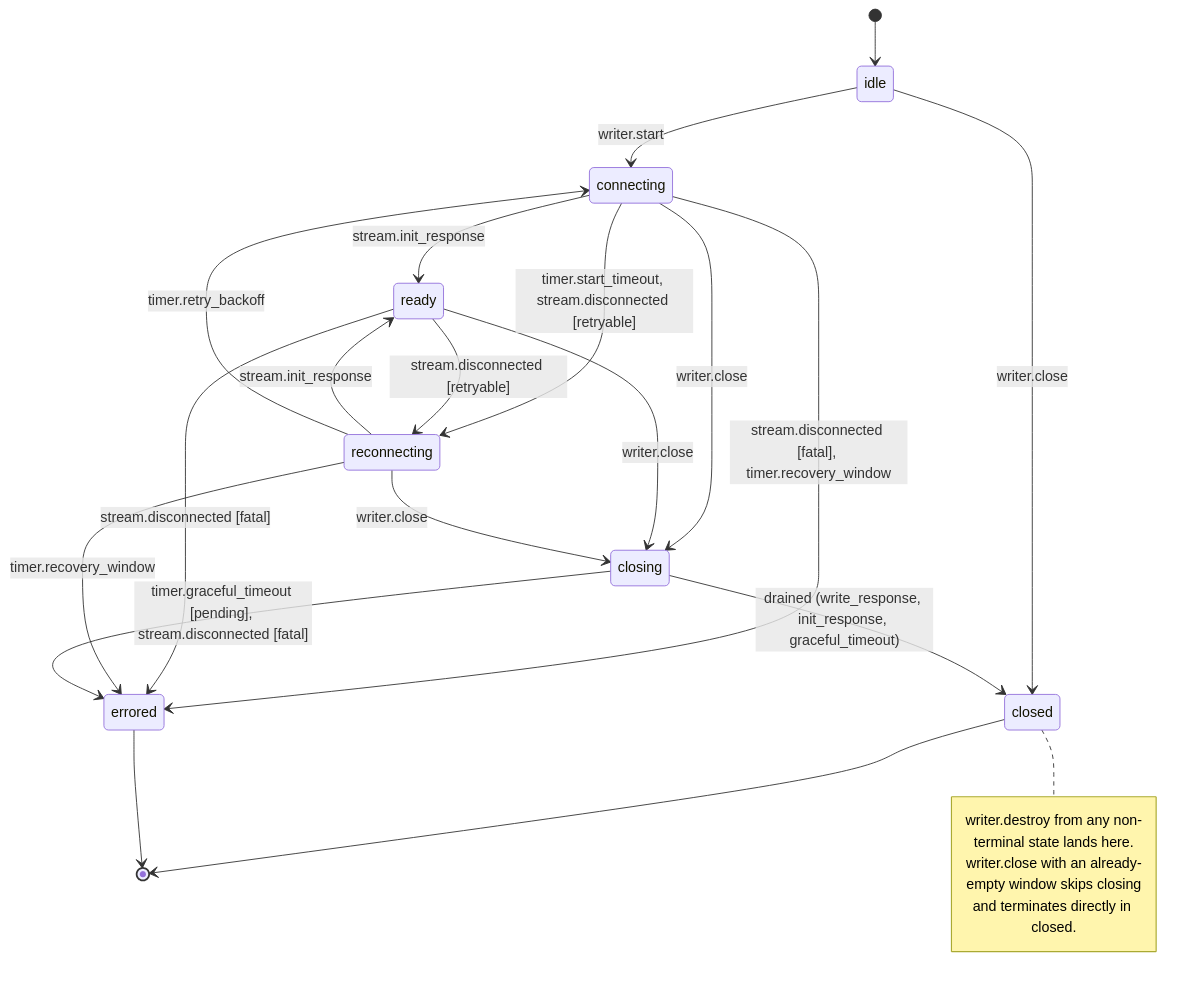
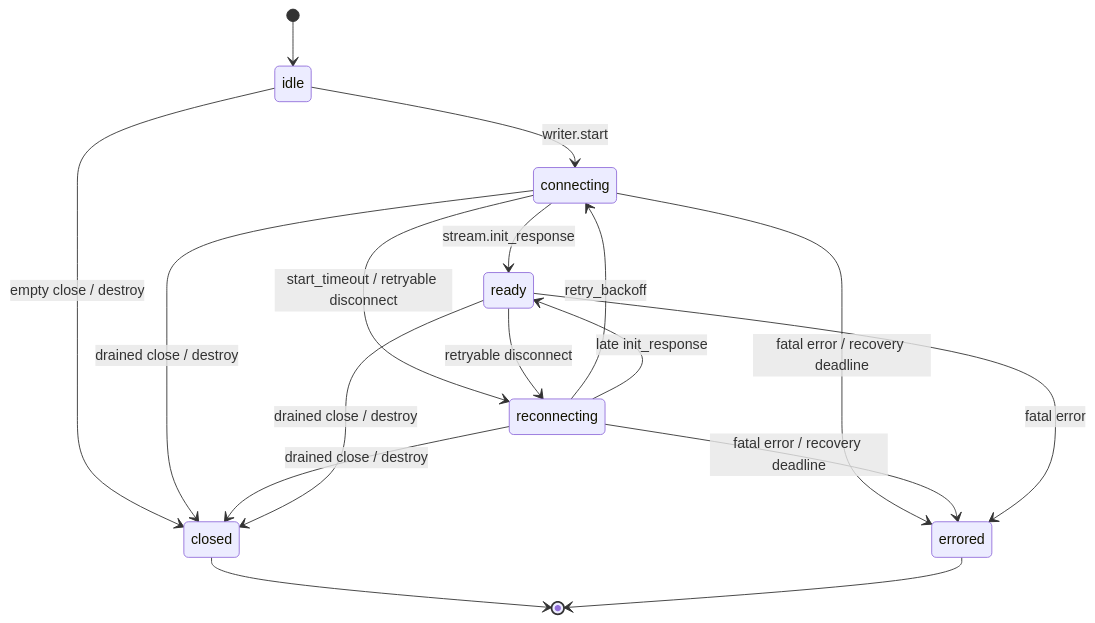
Before and after one commit to ydb-platform/ydb-js-sdk: the second of 4 diagrams in packages/topic/ARCHITECTURE.md, drawn with Mermaid. The commit also changed other lines of this file and 29 other files, not shown here.

````diff
--- a/packages/topic/ARCHITECTURE.md
+++ b/packages/topic/ARCHITECTURE.md
@@ -61,26 +35,19 @@
 ```mermaid
 stateDiagram-v2
     [*] --> idle
     idle --> connecting: writer.start
-    idle --> closed: writer.close
     connecting --> ready: stream.init_response
-    connecting --> reconnecting: timer.start_timeout, stream.disconnected [retryable]
-    connecting --> errored: stream.disconnected [fatal], timer.recovery_window
-    connecting --> closing: writer.close
-    ready --> reconnecting: stream.disconnected [retryable]
-    ready --> errored: stream.disconnected [fatal]
-    ready --> closing: writer.close
-    reconnecting --> ready: stream.init_response
-    reconnecting --> connecting: timer.retry_backoff
-    reconnecting --> errored: timer.recovery_window
-    reconnecting --> closing: writer.close
-    closing --> closed: drained (write_response, init_response, graceful_timeout)
-    closing --> errored: timer.graceful_timeout [pending], stream.disconnected [fatal]
+    connecting --> reconnecting: start_timeout / retryable disconnect
+    reconnecting --> connecting: retry_backoff
+    reconnecting --> ready: late init_response
+    ready --> reconnecting: retryable disconnect
+    connecting --> errored: fatal error / recovery deadline
+    reconnecting --> errored: fatal error / recovery deadline
+    ready --> errored: fatal error
+    idle --> closed: empty close / destroy
+    connecting --> closed: drained close / destroy
+    reconnecting --> closed: drained close / destroy
+    ready --> closed: drained close / destroy
     closed --> [*]
     errored --> [*]
-    note right of closed
-        writer.destroy from any non-terminal state lands here.
-        writer.close with an already-empty window skips closing
-        and terminates directly in closed.
-    end note
 ```
````
